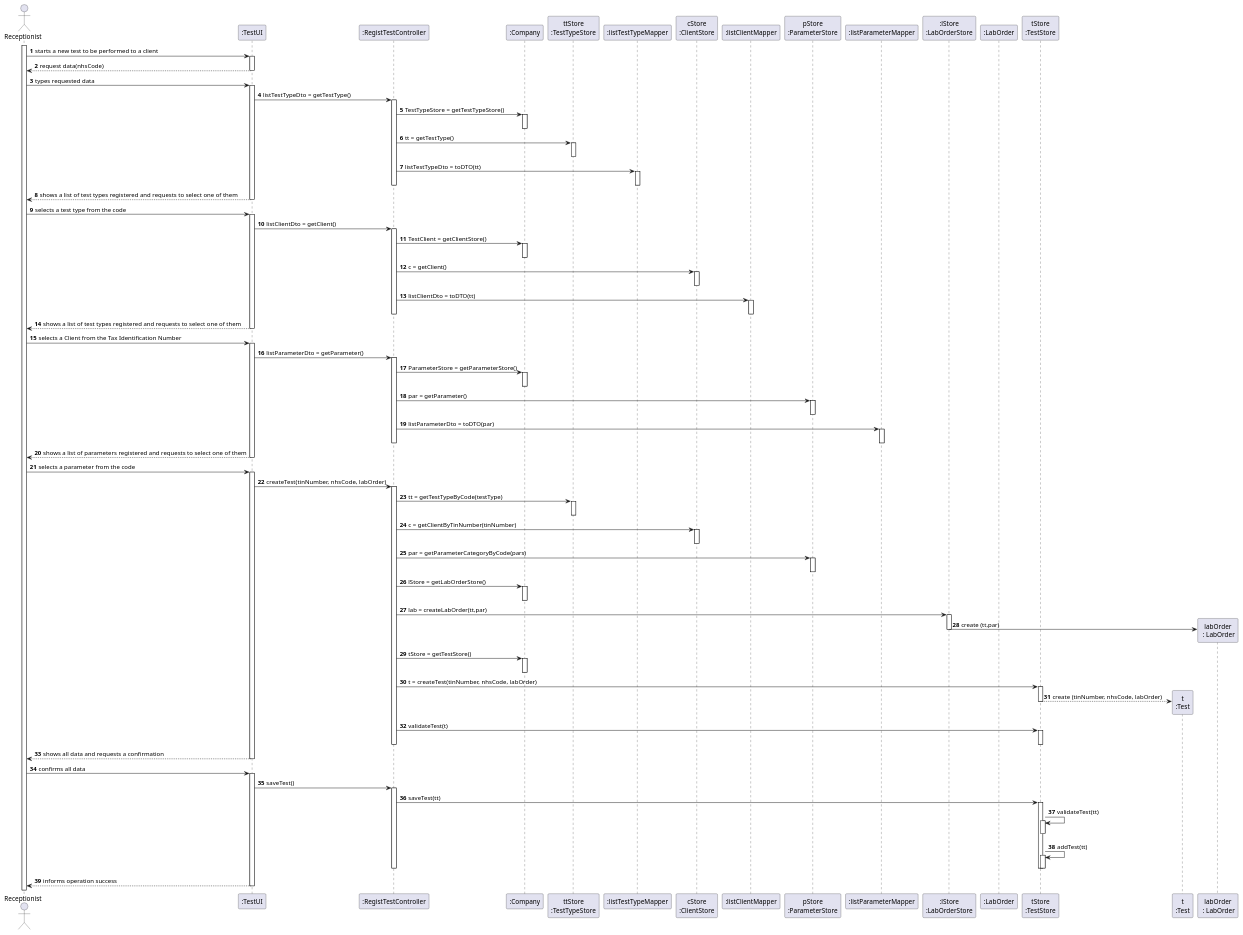
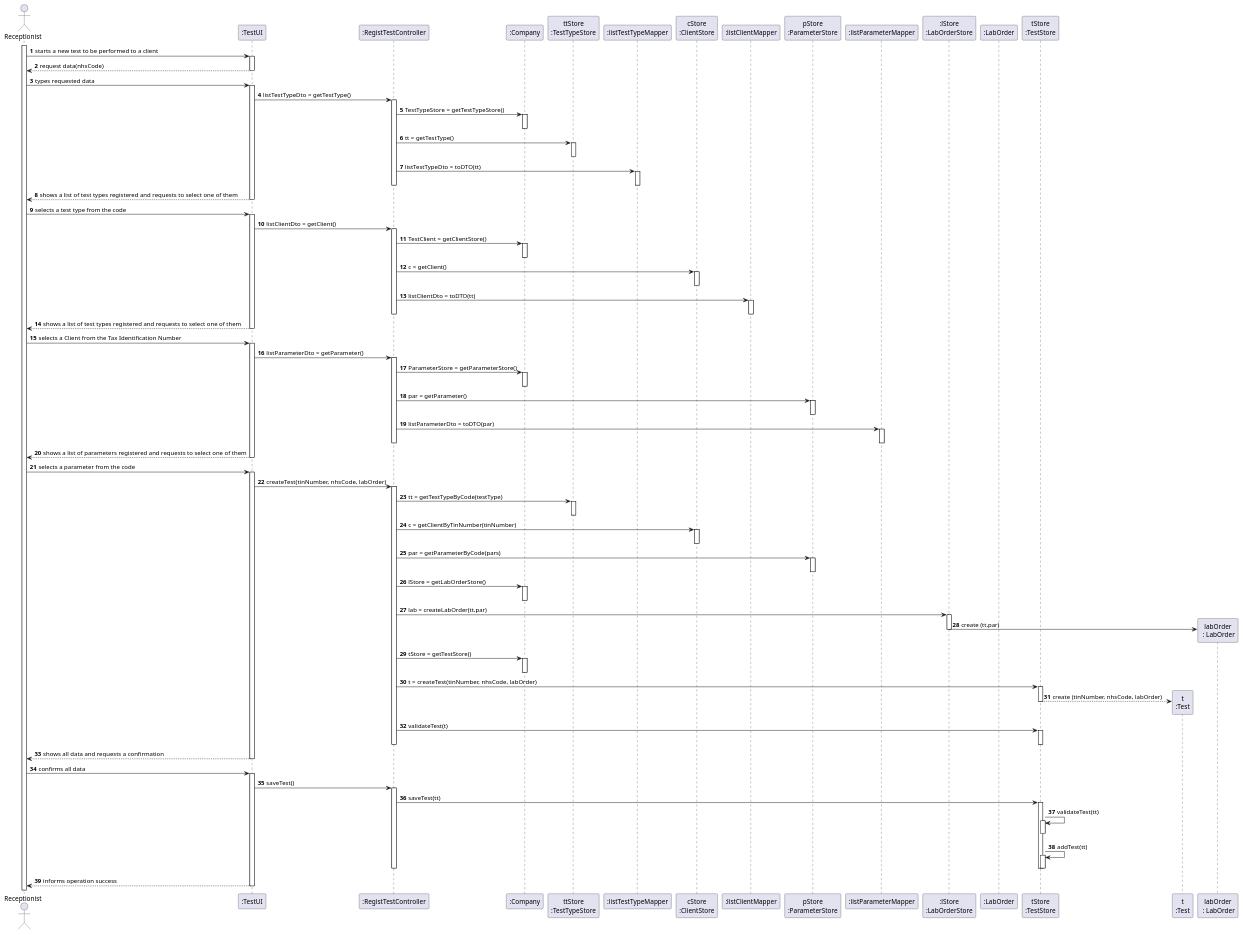
Before and after one commit to Pedromaia26/LAPR2-ISEP: the diagram in docs/SprintC/US4_RegisterTest/US004_SD.puml, drawn with PlantUML.

Commit message:
US004_SD Sequence Diagram Final Update

```diff
--- a/docs/SprintC/US4_RegisterTest/US004_SD.puml
+++ b/docs/SprintC/US4_RegisterTest/US004_SD.puml
@@ -1,135 +1,135 @@
 @startuml
 actor Receptionist as Adm
 participant ":TestUI" as UI
 participant ":RegistTestController" as TTC
 participant ":Company" as ML
 participant "ttStore\n:TestTypeStore" as TTS
 participant ":listTestTypeMapper" as MAP1
 participant "cStore\n:ClientStore" as CS
 participant ":listClientMapper" as MAP2
 participant "pStore\n:ParameterStore" as PS
 participant ":listParameterMapper" as MAP3
 participant ":lStore\n:LabOrderStore" as LS
 participant ":LabOrder" as LAB
 participant "tStore\n:TestStore" as TS
 participant "t\n:Test" as T
 autonumber
 
 
 activate Adm
 Adm -> UI: starts a new test to be performed to a client
 activate UI
 UI --> Adm: request data(nhsCode)
 deactivate UI
 
 Adm -> UI: types requested data
 activate UI
 UI->TTC: listTestTypeDto = getTestType()
 activate TTC
 TTC->ML: TestTypeStore = getTestTypeStore()
 activate ML
 deactivate ML
 TTC -> TTS: tt = getTestType()
 activate TTS
 deactivate TTS
 TTC -> MAP1: listTestTypeDto = toDTO(tt)
 activate MAP1
 deactivate MAP1
 
 deactivate TTC
 UI --> Adm: shows a list of test types registered and requests to select one of them
 deactivate UI
 
 Adm -> UI: selects a test type from the code
 activate UI
 UI->TTC: listClientDto = getClient()
 activate TTC
 TTC->ML: TestClient = getClientStore()
 activate ML
 deactivate ML
 TTC -> CS: c = getClient()
 activate CS
 deactivate CS
 TTC -> MAP2: listClientDto = toDTO(tt)
 activate MAP2
 deactivate MAP2
 
 deactivate TTC
 UI --> Adm: shows a list of test types registered and requests to select one of them
 deactivate UI
 
 
 
 Adm -> UI: selects a Client from the Tax Identification Number
 activate UI
 UI->TTC: listParameterDto = getParameter()
 activate TTC
 TTC->ML: ParameterStore = getParameterStore()
 activate ML
 deactivate ML
 TTC -> PS: par = getParameter()
 activate PS
 deactivate PS
 TTC -> MAP3: listParameterDto = toDTO(par)
 activate MAP3
 deactivate MAP3
 
 deactivate TTC
 UI --> Adm: shows a list of parameters registered and requests to select one of them
 deactivate UI
 
 Adm -> UI: selects a parameter from the code
 activate UI
 UI -> TTC: createTest(tinNumber, nhsCode, labOrder)
 activate TTC
 TTC -> TTS: tt = getTestTypeByCode(testType)
 activate TTS
 deactivate TTS
 TTC -> CS: c = getClientByTinNumber(tinNumber)
 activate CS
 deactivate CS
-TTC -> PS: par = getParameterCategoryByCode(pars)
+TTC -> PS: par = getParameterByCode(pars)
 activate PS
 deactivate PS
 TTC -> ML: lStore = getLabOrderStore()
 activate ML
 deactivate ML
 TTC -> LS: lab = createLabOrder(tt,par)
 activate LS
 create "labOrder\n : LabOrder" as LC
 LS -> LC: create (tt,par)
 deactivate LS
 
 TTC -> ML: tStore = getTestStore()
 activate ML
 deactivate ML
 TTC -> TS: t = createTest(tinNumber, nhsCode, labOrder)
 activate TS
 TS --> T**: create (tinNumber, nhsCode, labOrder)
 deactivate TS
 TTC -> TS: validateTest(t)
 activate TS
 deactivate TS
 deactivate TTC
 UI --> Adm: shows all data and requests a confirmation
 deactivate ML
 deactivate UI
 
 
 Adm -> UI: confirms all data
 activate UI
 UI -> TTC: saveTest()
 activate TTC
 TTC -> TS: saveTest(tt)
 activate TS
 TS -> TS: validateTest(tt)
 activate TS
 deactivate TS
 TS -> TS: addTest(tt)
 activate TS
 deactivate TS
 deactivate TTC
 deactivate TS
 UI --> Adm: informs operation success
 deactivate UI
 @enduml
```
